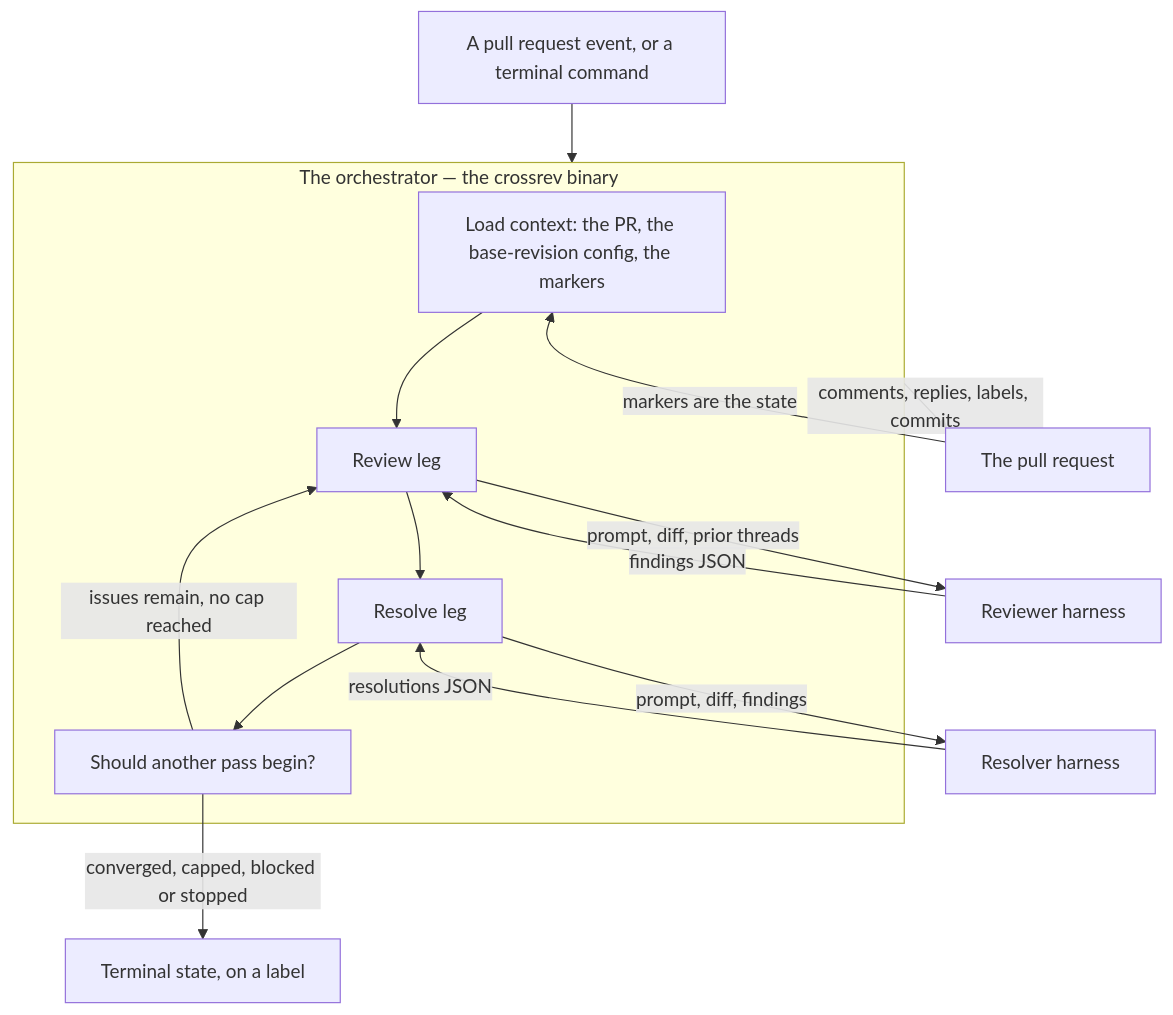
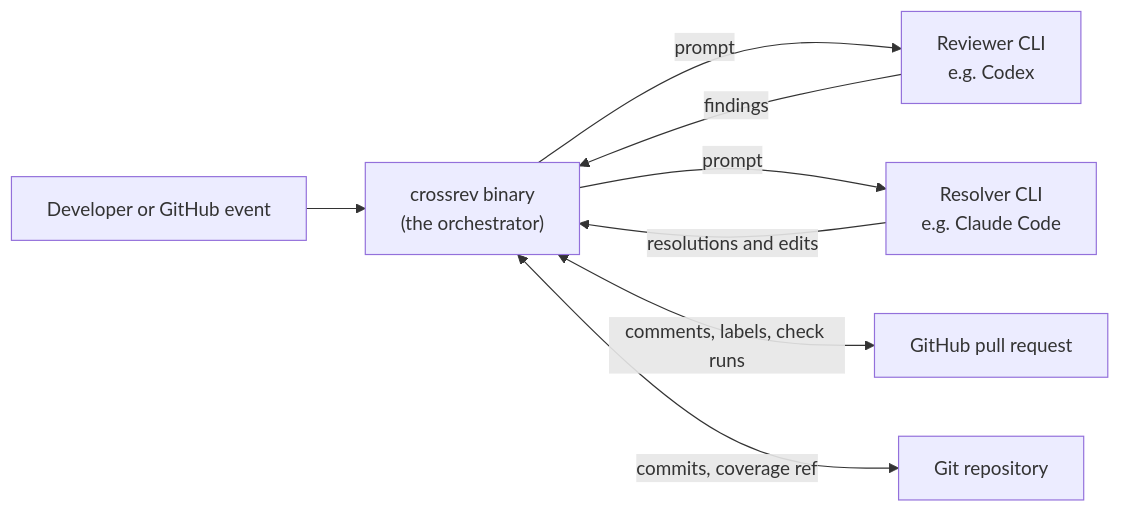
One commit to carlosboeing/crossrev changed the first of 7 diagrams in docs/architecture.md. Above: the diagram before and after it, drawn with Mermaid. The commit also changed other lines of this file and 1 other file, not shown here.

First line of the commit message:
docs(architecture): rewrite for a first-time reader

````diff
--- a/docs/architecture.md
+++ b/docs/architecture.md
@@ -21,23 +22,10 @@
 ```mermaid
-flowchart TD
-    trigger["A pull request event, or a terminal command"] --> orch
-
-    subgraph orch["The orchestrator — the crossrev binary"]
-        ctx["Load context: the PR, the base-revision config, the markers"]
-        review["Review leg"]
-        resolve["Resolve leg"]
-        term["Should another pass begin?"]
-        ctx --> review --> resolve --> term
-        term -->|"issues remain, no cap reached"| review
-    end
-
-    review -->|"prompt, diff, prior threads"| ra["Reviewer harness"]
-    resolve -->|"prompt, diff, findings"| sa["Resolver harness"]
-    ra -->|"findings JSON"| review
-    sa -->|"resolutions JSON"| resolve
-
-    orch -->|"comments, replies, labels, commits"| gh["The pull request"]
-    gh -->|"markers are the state"| ctx
-
-    term -->|"converged, capped, blocked or stopped"| done["Terminal state, on a label"]
+flowchart LR
+    dev["Developer or GitHub event"] --> bin["crossrev binary<br/>(the orchestrator)"]
+    bin -->|"prompt"| rv["Reviewer CLI<br/>e.g. Codex"]
+    rv -->|"findings"| bin
+    bin -->|"prompt"| rs["Resolver CLI<br/>e.g. Claude Code"]
+    rs -->|"resolutions and edits"| bin
+    bin <-->|"comments, labels, check runs"| pr["GitHub pull request"]
+    bin <-->|"commits, coverage ref"| repo["Git repository"]
 ```
````
